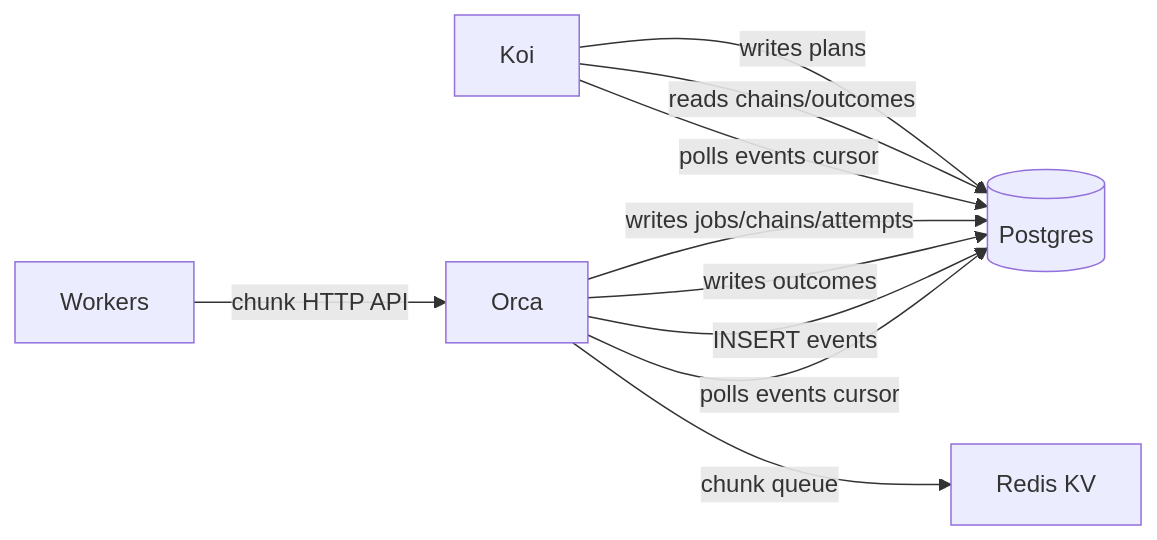
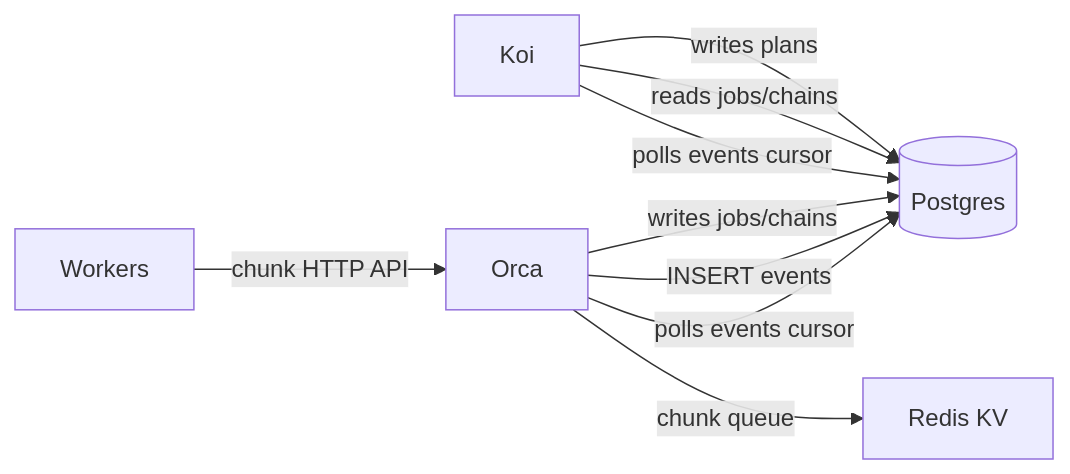
Before and after one commit to Tandemn-Labs/tandemn-store: the fourth of 5 diagrams in DATA_ARCHITECTURE.md, drawn with Mermaid. The commit also changed other lines of this file and 31 other files, not shown here.

First line of the commit message:
schema: minimal MVP spine — 4 job statuses, action plans, no traversal

````diff
--- a/DATA_ARCHITECTURE.md
+++ b/DATA_ARCHITECTURE.md
@@ -346,14 +303,13 @@
 ```mermaid
 flowchart LR
     Koi -- writes plans --> PG[(Postgres)]
-    Orca -- writes jobs/chains/attempts --> PG
-    Orca -- writes outcomes --> PG
-    Koi -- reads chains/outcomes --> PG
+    Orca -- writes jobs/chains --> PG
+    Koi -- reads jobs/chains --> PG
 
     Orca -- INSERT events --> PG
     Koi -- polls events cursor --> PG
     Orca -- polls events cursor --> PG
 
     Orca -- chunk queue --> RKV[Redis KV]
     Workers -- chunk HTTP API --> Orca
 ```
````
